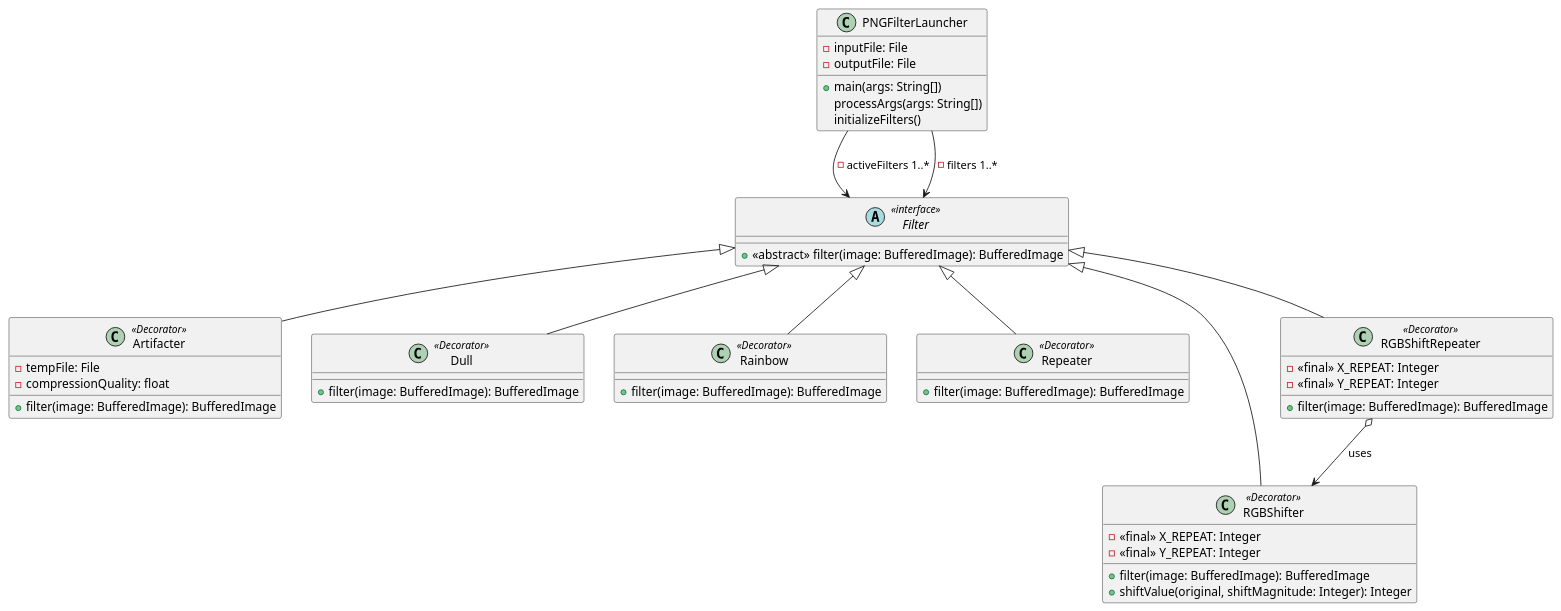
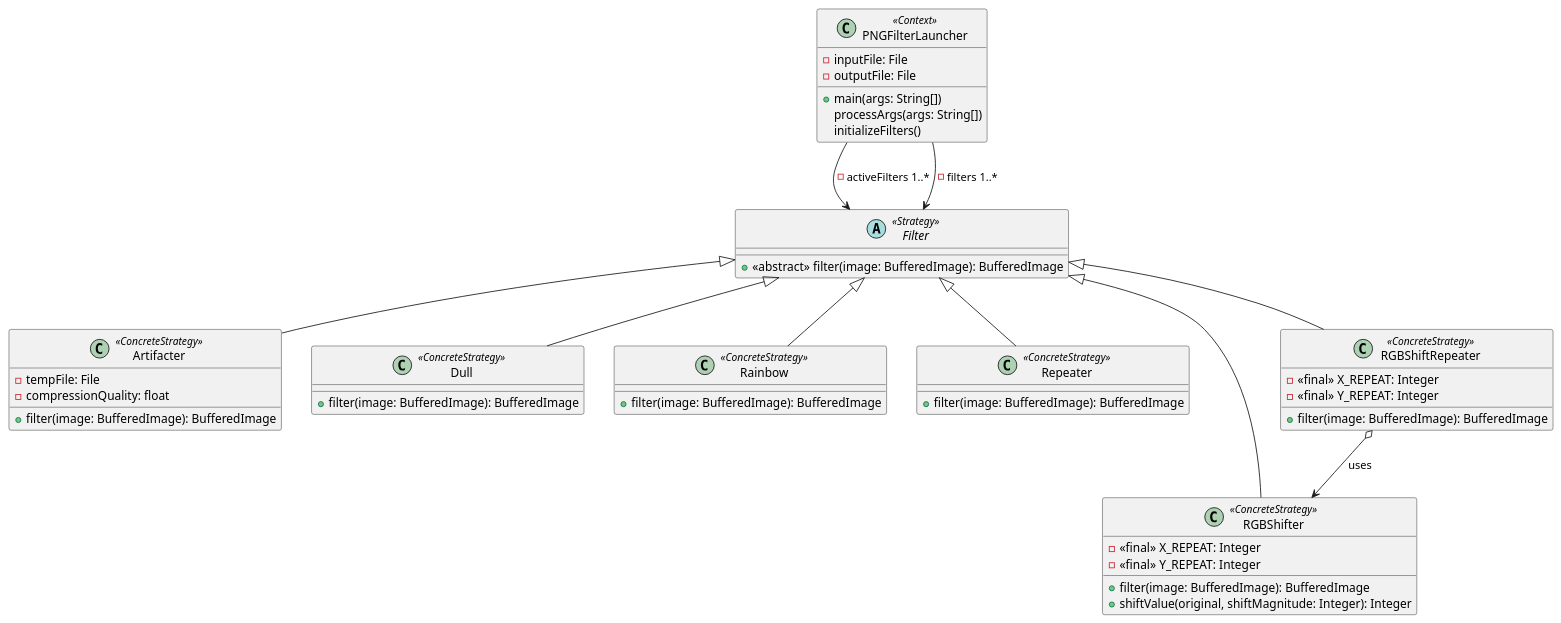
Before and after one commit to estanivege98/OO2: the diagram in Practicas/CuadernilloPatrones/Ejercicio22-Filtro-de-Imagenes/UML.puml, drawn with PlantUML.

Commit message:
UML acctualizado, hay que consultarlo

```diff
--- a/Practicas/CuadernilloPatrones/Ejercicio22-Filtro-de-Imagenes/UML.puml
+++ b/Practicas/CuadernilloPatrones/Ejercicio22-Filtro-de-Imagenes/UML.puml
@@ -1,49 +1,49 @@
 @startuml
-class PNGFilterLauncher {
+class PNGFilterLauncher<<Context>> {
 -inputFile: File
 -outputFile: File
 +main(args: String[])
 processArgs(args: String[])
 initializeFilters()
 }
 
-abstract Filter <<interface>> {
+abstract Filter <<Strategy>> {
 +<<abstract>> filter(image: BufferedImage): BufferedImage
 }
 
-class Artifacter <<Decorator>> {
+class Artifacter <<ConcreteStrategy>> {
 -tempFile: File
 -compressionQuality: float
 +filter(image: BufferedImage): BufferedImage
 }
-class Dull <<Decorator>>{
+class Dull <<ConcreteStrategy>>{
 +filter(image: BufferedImage): BufferedImage
 }
-class Rainbow <<Decorator>> {
+class Rainbow <<ConcreteStrategy>> {
 +filter(image: BufferedImage): BufferedImage
 }
-class Repeater <<Decorator>> {
+class Repeater <<ConcreteStrategy>> {
 +filter(image: BufferedImage): BufferedImage
 }
-class RGBShifter <<Decorator>> {
+class RGBShifter <<ConcreteStrategy>> {
 -<<final>> X_REPEAT: Integer
 -<<final>> Y_REPEAT: Integer
 +filter(image: BufferedImage): BufferedImage
 +shiftValue(original, shiftMagnitude: Integer): Integer
 }
-class RGBShiftRepeater <<Decorator>> {
+class RGBShiftRepeater <<ConcreteStrategy>> {
 -<<final>> X_REPEAT: Integer
 -<<final>> Y_REPEAT: Integer
 +filter(image: BufferedImage): BufferedImage
 }
 
 PNGFilterLauncher --> Filter : -activeFilters 1..*
 PNGFilterLauncher --> Filter : -filters 1..*
 Filter <|-- Artifacter
 Filter <|-- Dull
 Filter <|-- Rainbow
 Filter <|-- Repeater
 Filter <|-- RGBShifter
 Filter <|-- RGBShiftRepeater
 RGBShiftRepeater o--> RGBShifter : uses
 @enduml
```
